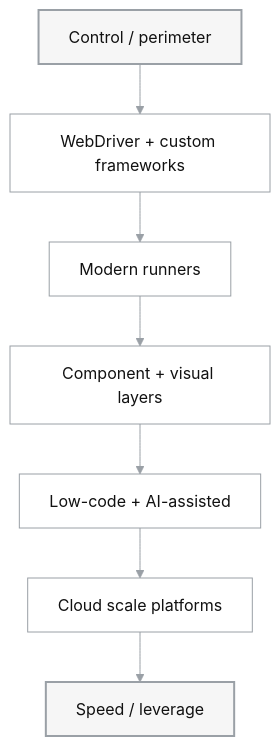
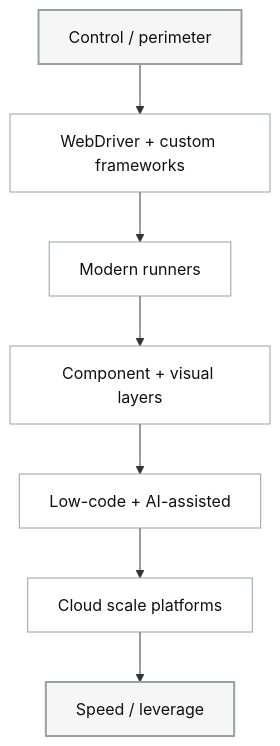
The diagram in src/data/posts/author1/2026/02/test-automation-evolution.md (TheineAddict/Null-Expected), drawn with Mermaid before and after one commit.

Commit message:
it did not work, trying to fix the chart again

````diff
--- a/src/data/posts/author1/2026/02/test-automation-evolution.md
+++ b/src/data/posts/author1/2026/02/test-automation-evolution.md
@@ -131,16 +131,15 @@
 ```mermaid
-%%{init: {'theme':'base','themeVariables': { 'fontSize':'16px', 'lineColor':'#9aa0a6', 'primaryTextColor':'#111111', 'primaryBorderColor':'#9aa0a6'}}}%%
 flowchart TB
   A["Control / perimeter"] --> B["WebDriver + custom frameworks"]
   B --> C["Modern runners"]
   C --> D["Component + visual layers"]
   D --> E["Low-code + AI-assisted"]
   E --> F["Cloud scale platforms"]
   F --> G["Speed / leverage"]
 
   classDef endpoint fill:#f6f6f6,stroke:#9aa0a6,stroke-width:2px,color:#111;
   classDef stage fill:#ffffff,stroke:#9aa0a6,stroke-width:1px,color:#111;
 
   class A,G endpoint;
   class B,C,D,E,F stage;
 ```
````
